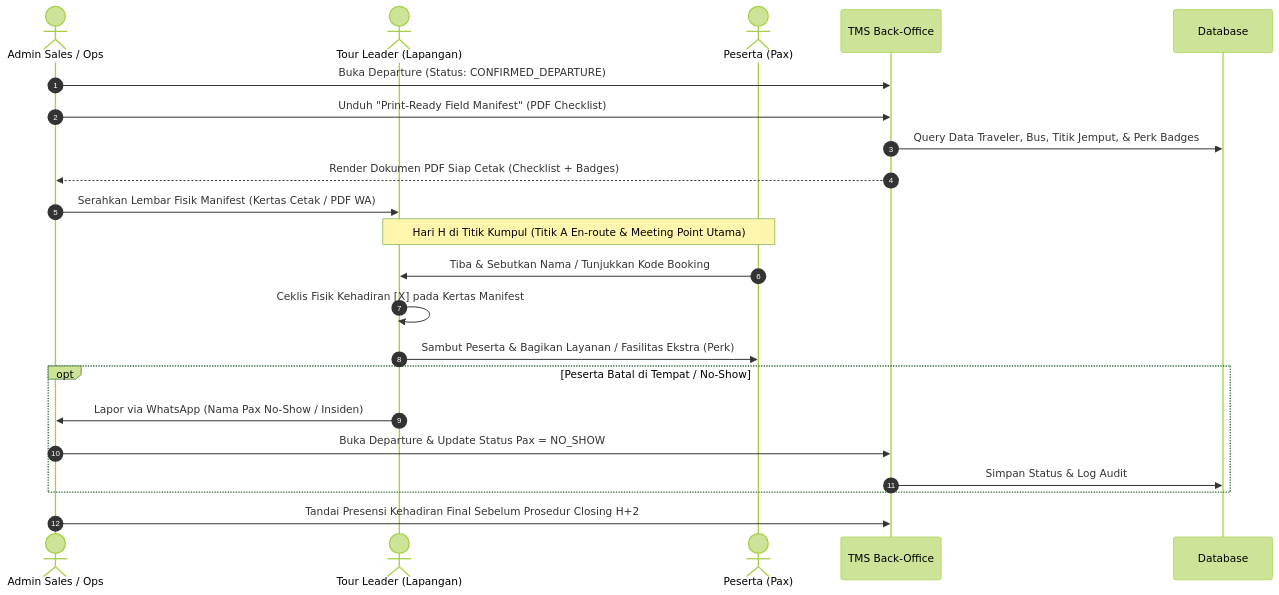
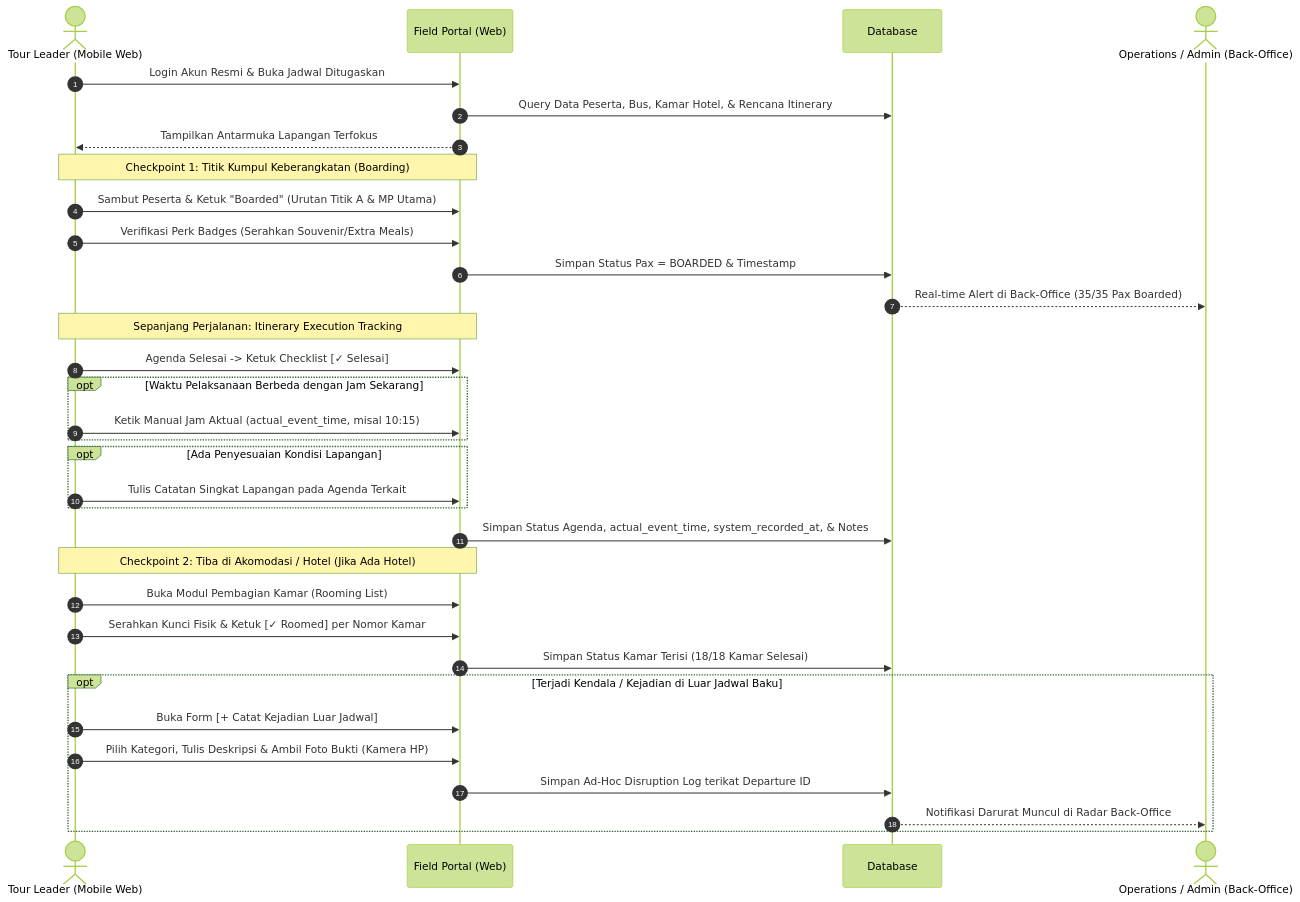
One commit to mfauzanfikri/tms-docs changed the fourth of 5 diagrams in development/mvp-1/01_PRD.md. Above: the diagram before and after it, drawn with Mermaid (forest theme). The commit also changed other lines of this file and 3 other files, not shown here.

First line of the commit message:
feat(field-ops): integrate Tour Leader login, multi-checkpoint attendance, and dual-timestamp itinerary tracking

````diff
--- a/development/mvp-1/01_PRD.md
+++ b/development/mvp-1/01_PRD.md
@@ -185,25 +185,40 @@
 ```mermaid
 sequenceDiagram
     autonumber
-    actor Admin as Admin Sales / Ops
-    actor TL as Tour Leader (Lapangan)
-    actor Pax as Peserta (Pax)
-    participant TMS as TMS Back-Office
+    actor TL as Tour Leader (Mobile Web)
+    participant Portal as Field Portal (Web)
     participant DB as Database
+    actor Ops as Operations / Admin (Back-Office)
 
-    Admin->>TMS: Buka Departure (Status: CONFIRMED_DEPARTURE)
-    Admin->>TMS: Unduh "Print-Ready Field Manifest" (PDF Checklist)
-    TMS->>DB: Query Data Traveler, Bus, Titik Jemput, & Perk Badges
-    TMS-->>Admin: Render Dokumen PDF Siap Cetak (Checklist + Badges)
-    Admin->>TL: Serahkan Lembar Fisik Manifest (Kertas Cetak / PDF WA)
-    Note over TL,Pax: Hari H di Titik Kumpul (Titik A En-route & Meeting Point Utama)
-    Pax->>TL: Tiba & Sebutkan Nama / Tunjukkan Kode Booking
-    TL->>TL: Ceklis Fisik Kehadiran [X] pada Kertas Manifest
-    TL->>Pax: Sambut Peserta & Bagikan Layanan / Fasilitas Ekstra (Perk)
-    opt Peserta Batal di Tempat / No-Show
-        TL->>Admin: Lapor via WhatsApp (Nama Pax No-Show / Insiden)
-        Admin->>TMS: Buka Departure & Update Status Pax = NO_SHOW
-        TMS->>DB: Simpan Status & Log Audit
+    TL->>Portal: Login Akun Resmi & Buka Jadwal Ditugaskan
+    Portal->>DB: Query Data Peserta, Bus, Kamar Hotel, & Rencana Itinerary
+    Portal-->>TL: Tampilkan Antarmuka Lapangan Terfokus
+
+    Note over TL,Portal: Checkpoint 1: Titik Kumpul Keberangkatan (Boarding)
+    TL->>Portal: Sambut Peserta & Ketuk "Boarded" (Urutan Titik A & MP Utama)
+    TL->>Portal: Verifikasi Perk Badges (Serahkan Souvenir/Extra Meals)
+    Portal->>DB: Simpan Status Pax = BOARDED & Timestamp
+    DB-->>Ops: Real-time Alert di Back-Office (35/35 Pax Boarded)
+
+    Note over TL,Portal: Sepanjang Perjalanan: Itinerary Execution Tracking
+    TL->>Portal: Agenda Selesai -> Ketuk Checklist [✓ Selesai]
+    opt Waktu Pelaksanaan Berbeda dengan Jam Sekarang
+        TL->>Portal: Ketik Manual Jam Aktual (actual_event_time, misal 10:15)
     end
-    Admin->>TMS: Tandai Presensi Kehadiran Final Sebelum Prosedur Closing H+2
+    opt Ada Penyesuaian Kondisi Lapangan
+        TL->>Portal: Tulis Catatan Singkat Lapangan pada Agenda Terkait
+    end
+    Portal->>DB: Simpan Status Agenda, actual_event_time, system_recorded_at, & Notes
+
+    Note over TL,Portal: Checkpoint 2: Tiba di Akomodasi / Hotel (Jika Ada Hotel)
+    TL->>Portal: Buka Modul Pembagian Kamar (Rooming List)
+    TL->>Portal: Serahkan Kunci Fisik & Ketuk [✓ Roomed] per Nomor Kamar
+    Portal->>DB: Simpan Status Kamar Terisi (18/18 Kamar Selesai)
+
+    opt Terjadi Kendala / Kejadian di Luar Jadwal Baku
+        TL->>Portal: Buka Form [+ Catat Kejadian Luar Jadwal]
+        TL->>Portal: Pilih Kategori, Tulis Deskripsi & Ambil Foto Bukti (Kamera HP)
+        Portal->>DB: Simpan Ad-Hoc Disruption Log terikat Departure ID
+        DB-->>Ops: Notifikasi Darurat Muncul di Radar Back-Office
+    end
 ```
````
